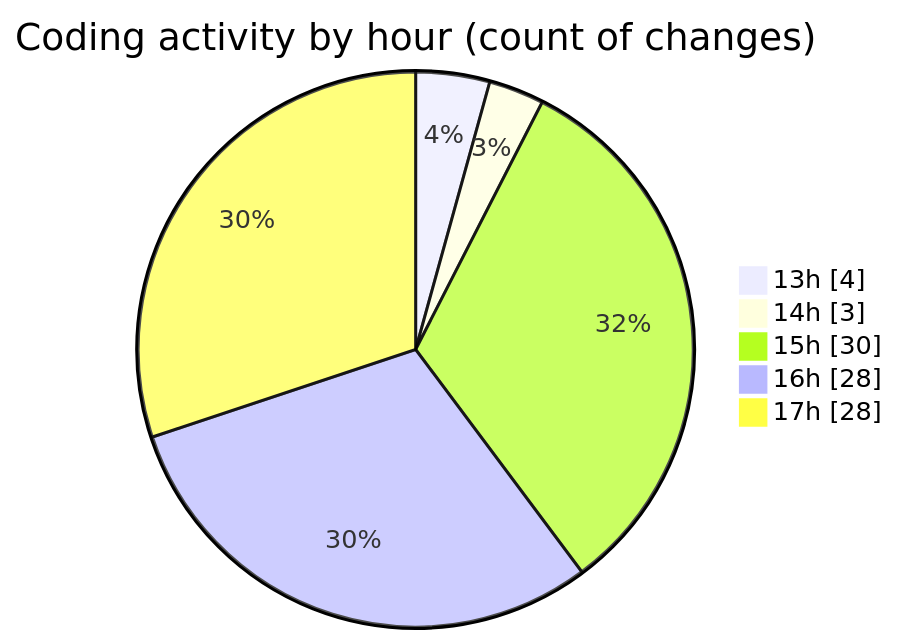
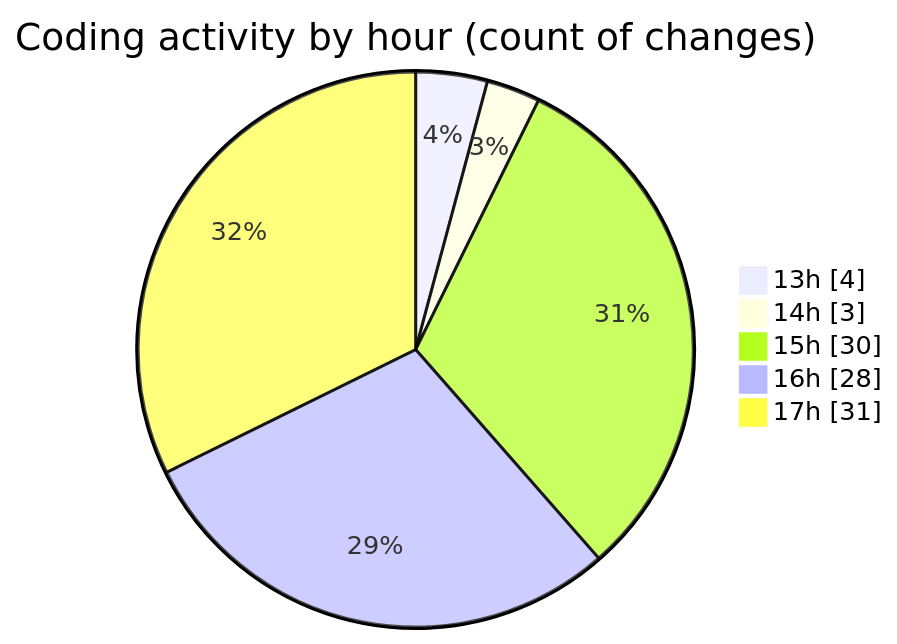
One commit to EIIisD/code-tracking changed the second of 2 diagrams in 2025-08-11/ribbon/README.md. Above: the diagram before and after it, drawn with Mermaid. The commit also changed other lines of this file and 1 other file, not shown here.

````diff
--- a/2025-08-11/ribbon/README.md
+++ b/2025-08-11/ribbon/README.md
@@ -52,9 +52,9 @@
 ```mermaid
 pie showData
 title Coding activity by hour (count of changes)
 "13h" : 4
 "14h" : 3
 "15h" : 30
 "16h" : 28
-"17h" : 28
+"17h" : 31
 ```
````
